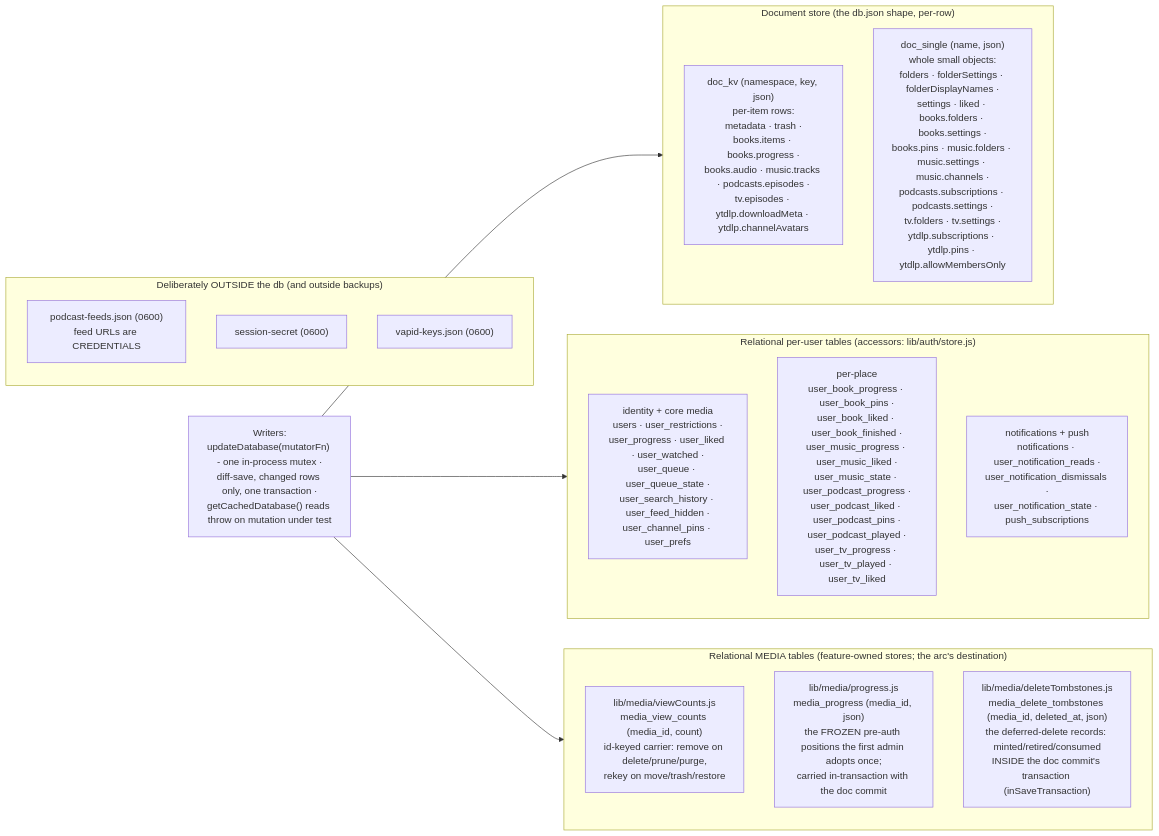
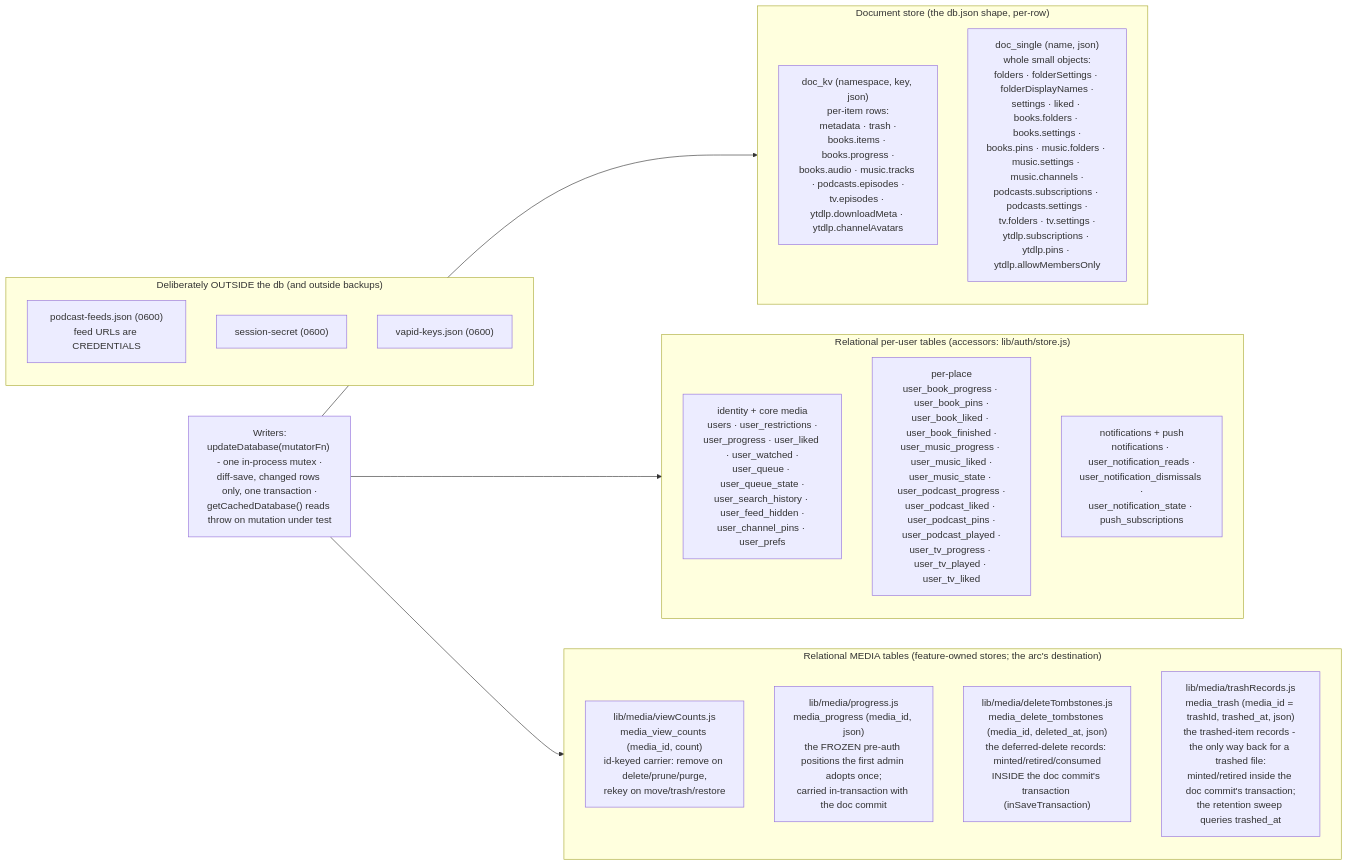
One commit to dtammam/filetube changed the second of 6 diagrams in docs/DIAGRAMS.md. Above: the diagram before and after it, drawn with Mermaid. The commit also changed other lines of this file and 24 other files, not shown here.

````diff
--- a/docs/DIAGRAMS.md
+++ b/docs/DIAGRAMS.md
@@ -102,31 +103,32 @@
 ```mermaid
 flowchart LR
     subgraph DOC["Document store (the db.json shape, per-row)"]
         KV["doc_kv (namespace, key, json)<br/>per-item rows:<br/>metadata · trash ·<br/>books.items · books.progress ·<br/>books.audio · music.tracks · podcasts.episodes ·<br/>tv.episodes · ytdlp.downloadMeta · ytdlp.channelAvatars"]
         SINGLE["doc_single (name, json)<br/>whole small objects:<br/>folders · folderSettings · folderDisplayNames ·<br/>settings · liked · books.folders · books.settings ·<br/>books.pins · music.folders · music.settings · music.channels ·<br/>podcasts.subscriptions · podcasts.settings ·<br/>tv.folders · tv.settings ·<br/>ytdlp.subscriptions · ytdlp.pins · ytdlp.allowMembersOnly"]
     end
 
     subgraph REL["Relational per-user tables (accessors: lib/auth/store.js)"]
         CORE["identity + core media<br/>users · user_restrictions ·<br/>user_progress · user_liked · user_watched ·<br/>user_queue · user_queue_state ·<br/>user_search_history · user_feed_hidden ·<br/>user_channel_pins · user_prefs"]
         PLACEST["per-place<br/>user_book_progress · user_book_pins ·<br/>user_book_liked · user_book_finished ·<br/>user_music_progress · user_music_liked ·<br/>user_music_state · user_podcast_progress ·<br/>user_podcast_liked · user_podcast_pins ·<br/>user_podcast_played ·<br/>user_tv_progress · user_tv_played · user_tv_liked"]
         NOTIF["notifications + push<br/>notifications · user_notification_reads ·<br/>user_notification_dismissals ·<br/>user_notification_state · push_subscriptions"]
     end
 
     subgraph MEDIA["Relational MEDIA tables (feature-owned stores; the arc's destination)"]
         VC["lib/media/viewCounts.js<br/>media_view_counts (media_id, count)<br/>id-keyed carrier: remove on delete/prune/purge,<br/>rekey on move/trash/restore"]
         PR["lib/media/progress.js<br/>media_progress (media_id, json)<br/>the FROZEN pre-auth positions the first admin adopts once;<br/>carried in-transaction with the doc commit"]
         DT["lib/media/deleteTombstones.js<br/>media_delete_tombstones (media_id, deleted_at, json)<br/>the deferred-delete records: minted/retired/consumed<br/>INSIDE the doc commit's transaction (inSaveTransaction)"]
+        TR["lib/media/trashRecords.js<br/>media_trash (media_id = trashId, trashed_at, json)<br/>the trashed-item records - the only way back for a trashed file:<br/>minted/retired inside the doc commit's transaction;<br/>the retention sweep queries trashed_at"]
     end
 
     subgraph OUT["Deliberately OUTSIDE the db (and outside backups)"]
         FEEDS["podcast-feeds.json (0600)<br/>feed URLs are CREDENTIALS"]
         SS["session-secret (0600)"]
         VAPID["vapid-keys.json (0600)"]
     end
 
     WRITERS["Writers:<br/>updateDatabase(mutatorFn) - one in-process mutex ·<br/>diff-save, changed rows only, one transaction ·<br/>getCachedDatabase() reads throw on mutation under test"]
 
     WRITERS --> DOC
     WRITERS --> REL
     WRITERS --> MEDIA
 ```
````
